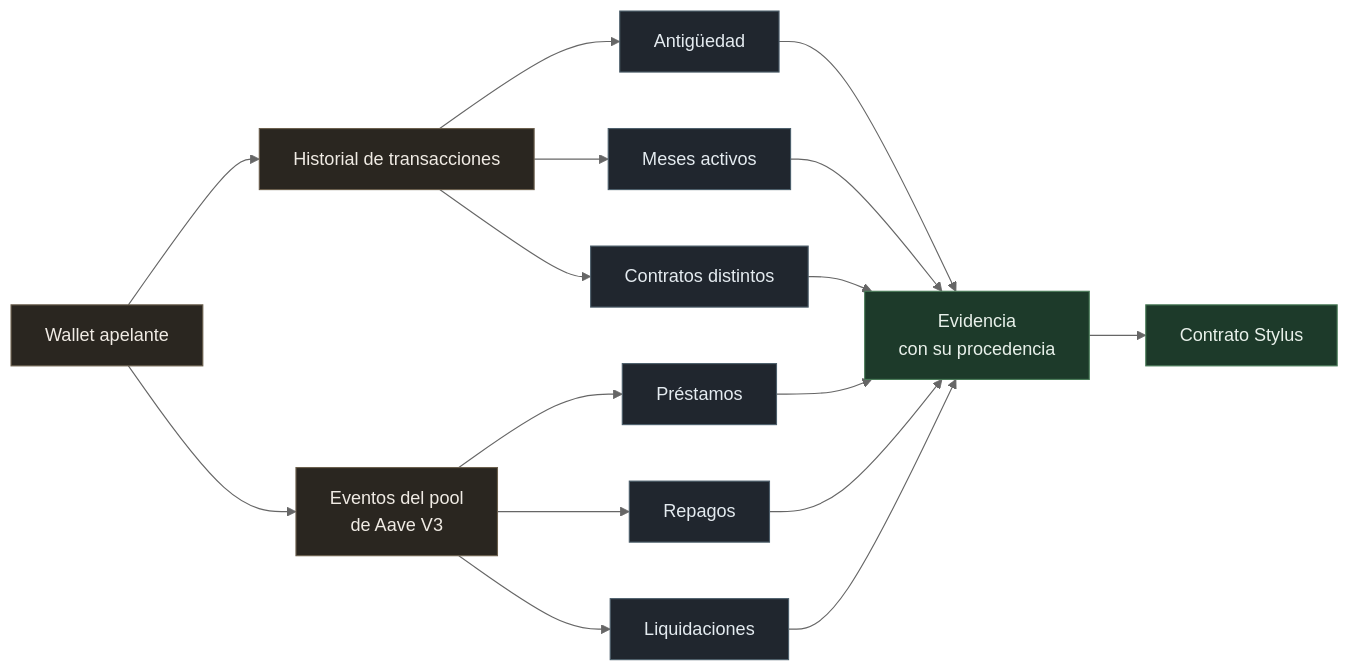
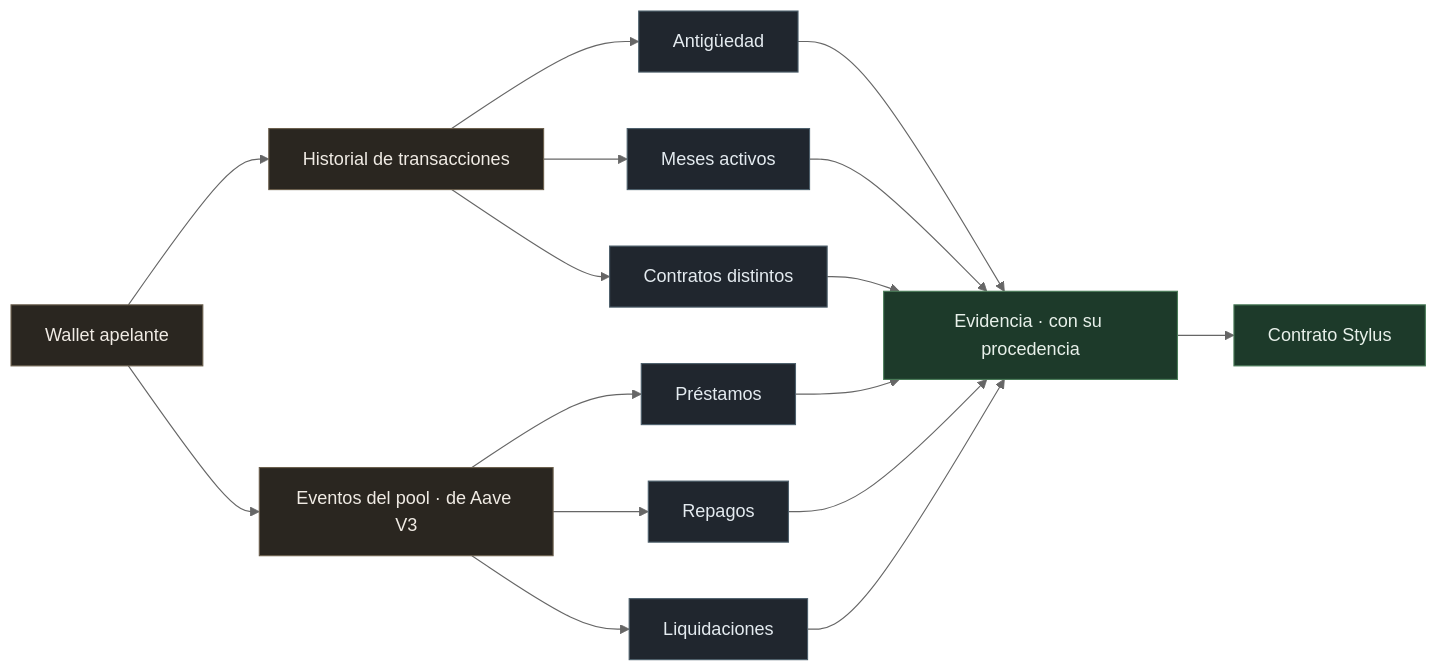
The second of 5 diagrams in docs/ARCHITECTURE.md (kasbsquall/remand), drawn with Mermaid (neutral theme) before and after one commit. The commit also changed other lines of this file, not shown here.

First line of the commit message:
fix(docs): etiquetas de Mermaid en una sola linea

````diff
--- a/docs/ARCHITECTURE.md
+++ b/docs/ARCHITECTURE.md
@@ -101,22 +101,22 @@
 ```mermaid
 flowchart LR
     W["Wallet apelante"] --> Q1["Historial de transacciones"]
-    W --> Q2["Eventos del pool<br>de Aave V3"]
+    W --> Q2["Eventos del pool · de Aave V3"]
 
     Q1 --> D1["Antigüedad"]
     Q1 --> D2["Meses activos"]
     Q1 --> D3["Contratos distintos"]
     Q2 --> D4["Préstamos"]
     Q2 --> D5["Repagos"]
     Q2 --> D6["Liquidaciones"]
 
-    D1 & D2 & D3 & D4 & D5 & D6 --> E["Evidencia<br>con su procedencia"]
+    D1 & D2 & D3 & D4 & D5 & D6 --> E["Evidencia · con su procedencia"]
     E --> C["Contrato Stylus"]
 
     classDef src fill:#2a2620,stroke:#6b5f4d,color:#f0ebe4
     classDef dim fill:#20262e,stroke:#4d5f6b,color:#e4ebf0
     classDef out fill:#1d3a2a,stroke:#4a7c59,color:#e8f0ea
     class W,Q1,Q2 src
     class D1,D2,D3,D4,D5,D6 dim
     class E,C out
 ```
````
